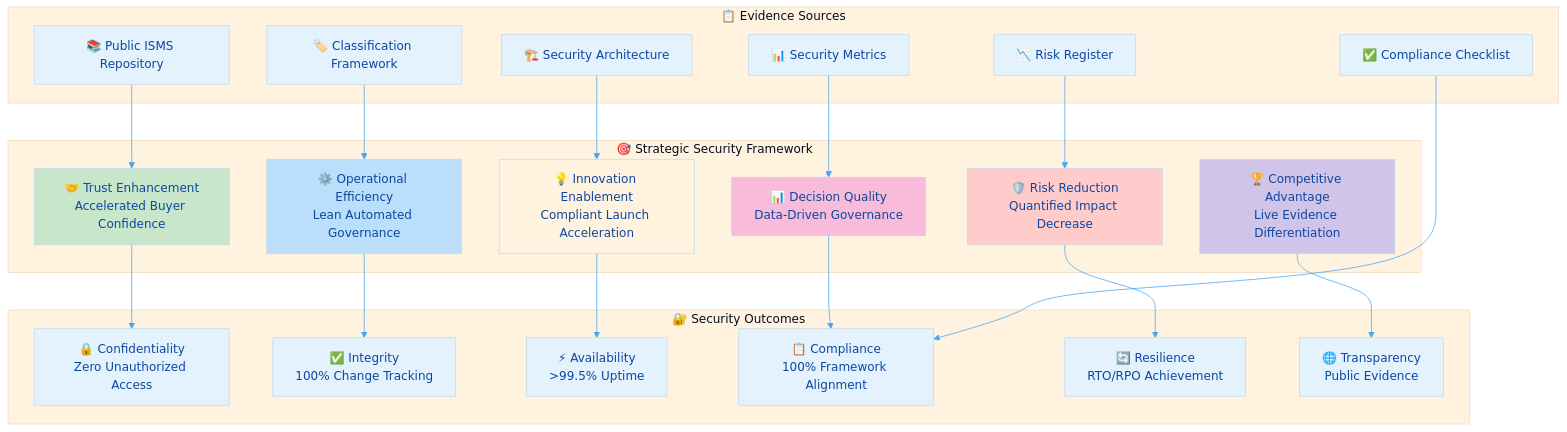
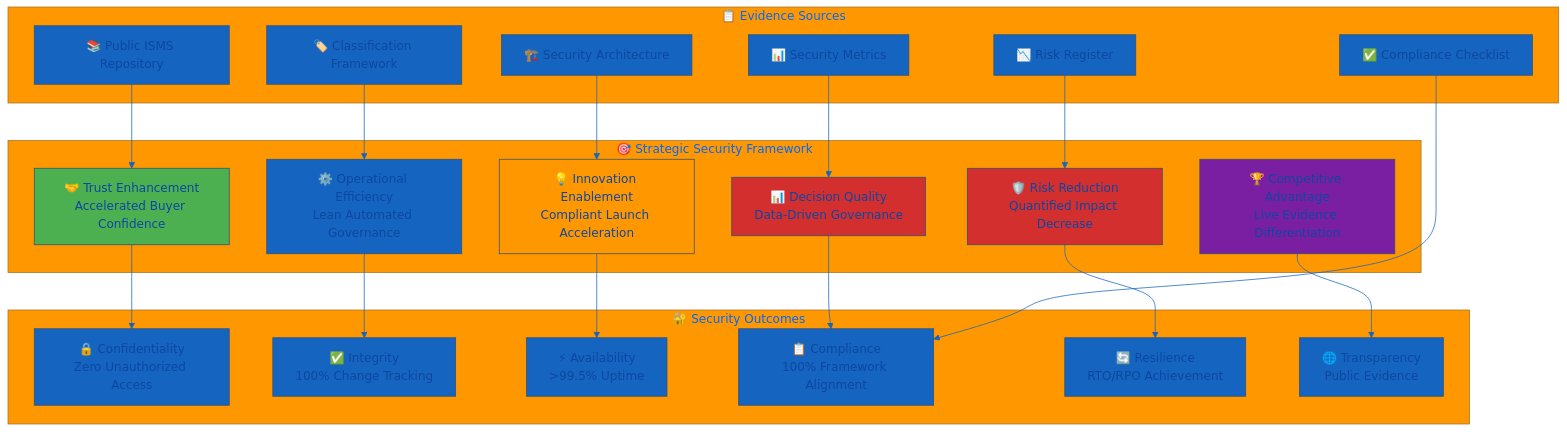
Before and after one commit to Hack23/ISMS-PUBLIC: the second of 4 diagrams in Information_Security_Strategy.md, drawn with Mermaid. The commit also changed other lines of this file, not shown here.

````diff
--- a/Information_Security_Strategy.md
+++ b/Information_Security_Strategy.md
@@ -182,62 +258,62 @@
 ```mermaid
 %%{
   init: {
     'theme': 'base',
     'themeVariables': {
-      'primaryColor': '#e3f2fd',
+      'primaryColor': '#1565C0',
       'primaryTextColor': '#0d47a1',
-      'lineColor': '#42a5f5',
-      'secondaryColor': '#c8e6c9',
-      'tertiaryColor': '#fff3e0'
+      'lineColor': '#1565C0',
+      'secondaryColor': '#4CAF50',
+      'tertiaryColor': '#FF9800'
     }
   }
 }%%
 flowchart TD
     subgraph STRATEGIC["🎯 Strategic Security Framework"]
         TRUST[🤝 Trust Enhancement<br/>Accelerated Buyer Confidence]
         EFFICIENCY[⚙️ Operational Efficiency<br/>Lean Automated Governance]
         INNOVATION[💡 Innovation Enablement<br/>Compliant Launch Acceleration]
         DECISION[📊 Decision Quality<br/>Data-Driven Governance]
         ADVANTAGE[🏆 Competitive Advantage<br/>Live Evidence Differentiation]
         RISK[🛡️ Risk Reduction<br/>Quantified Impact Decrease]
     end
     
     subgraph EVIDENCE["📋 Evidence Sources"]
         ISMS_REPO[📚 Public ISMS Repository]
         SECURITY_ARCH[🏗️ Security Architecture]
         METRICS[📊 Security Metrics]
         COMPLIANCE[✅ Compliance Checklist]
         CLASSIFICATION[🏷️ Classification Framework]
         RISK_REG[📉 Risk Register]
     end
     
     subgraph SECURITY_OUTCOMES["🔐 Security Outcomes"]
         CONFIDENTIALITY[🔒 Confidentiality<br/>Zero Unauthorized Access]
         INTEGRITY[✅ Integrity<br/>100% Change Tracking]
         AVAILABILITY[⚡ Availability<br/>>99.5% Uptime]
         COMPLIANCE_OUT[📋 Compliance<br/>100% Framework Alignment]
         RESILIENCE[🔄 Resilience<br/>RTO/RPO Achievement]
         TRANSPARENCY[🌐 Transparency<br/>Public Evidence]
     end
     
     TRUST --> CONFIDENTIALITY
     EFFICIENCY --> INTEGRITY
     INNOVATION --> AVAILABILITY
     DECISION --> COMPLIANCE_OUT
     ADVANTAGE --> TRANSPARENCY
     RISK --> RESILIENCE
     
     ISMS_REPO --> TRUST
     SECURITY_ARCH --> INNOVATION
     METRICS --> DECISION
     COMPLIANCE --> COMPLIANCE_OUT
     CLASSIFICATION --> EFFICIENCY
     RISK_REG --> RISK
     
-    style TRUST fill:#c8e6c9
-    style EFFICIENCY fill:#bbdefb
-    style INNOVATION fill:#fff3e0
-    style DECISION fill:#f8bbd9
-    style ADVANTAGE fill:#d1c4e9
-    style RISK fill:#ffcccb
+    style TRUST fill:#4CAF50
+    style EFFICIENCY fill:#1565C0
+    style INNOVATION fill:#FF9800
+    style DECISION fill:#D32F2F
+    style ADVANTAGE fill:#7B1FA2
+    style RISK fill:#D32F2F
 ```
````
